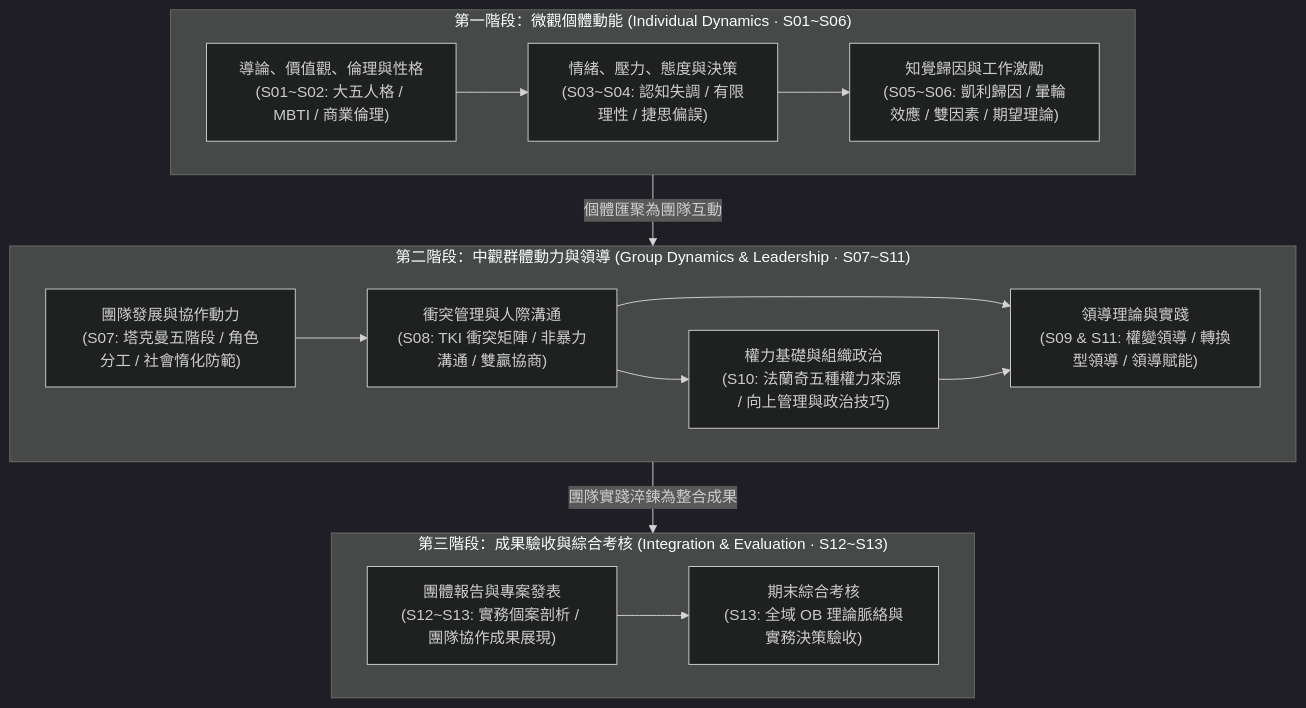
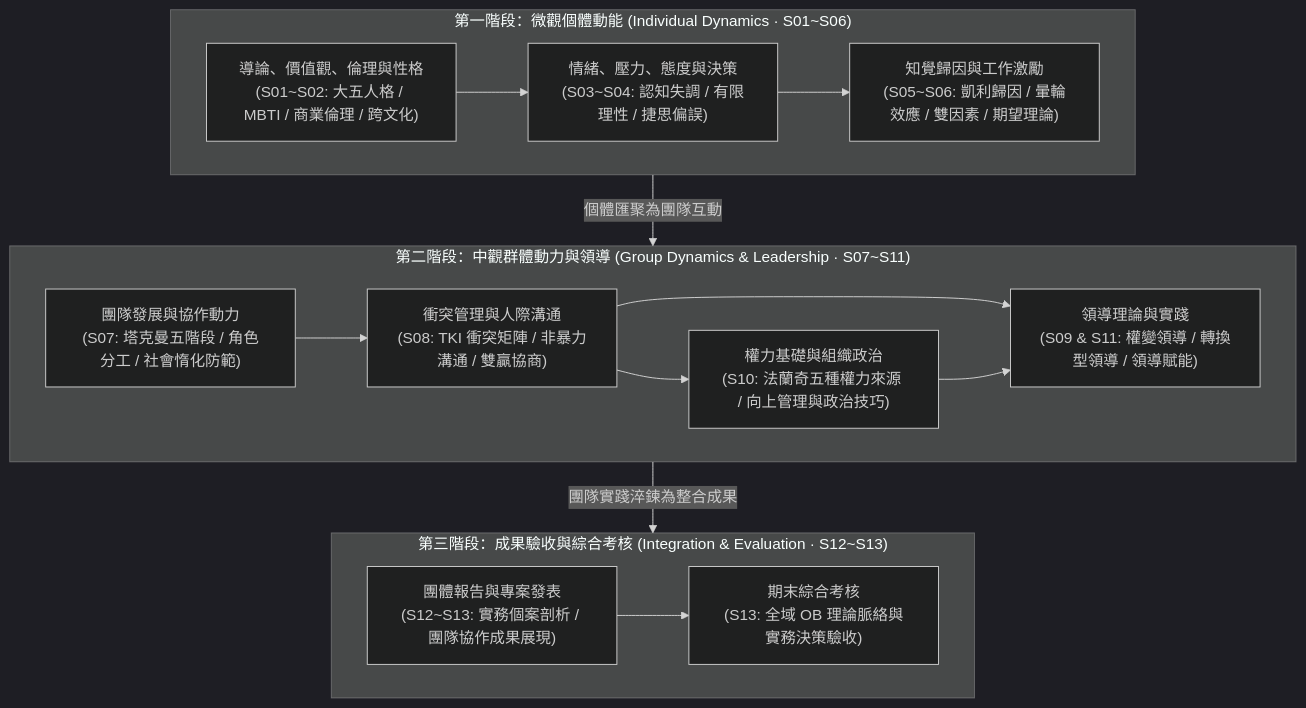
Before and after one commit to Jimlin0428/my-digital-garden: the diagram in src/site/notes/02_核心必修/03_組織行為/_組織行為 MOC.md, drawn with Mermaid (dark theme). The commit also changed other lines of this file and 99 other files, not shown here.

````diff
--- a/src/site/notes/02_核心必修/03_組織行為/_組織行為 MOC.md
+++ b/src/site/notes/02_核心必修/03_組織行為/_組織行為 MOC.md
@@ -19,28 +20,28 @@
 ```mermaid
 flowchart TD
     subgraph L1["第一階段：微觀個體動能 (Individual Dynamics · S01~S06)"]
-        I1["導論、價值觀、倫理與性格<br>(S01~S02: 大五人格 / MBTI / 商業倫理)"]
+        I1["導論、價值觀、倫理與性格<br>(S01~S02: 大五人格 / MBTI / 商業倫理 / 跨文化)"]
         I2["情緒、壓力、態度與決策<br>(S03~S04: 認知失調 / 有限理性 / 捷思偏誤)"]
         I3["知覺歸因與工作激勵<br>(S05~S06: 凱利歸因 / 暈輪效應 / 雙因素 / 期望理論)"]
         I1 --> I2 --> I3
     end
 
     subgraph L2["第二階段：中觀群體動力與領導 (Group Dynamics & Leadership · S07~S11)"]
         G1["團隊發展與協作動力<br>(S07: 塔克曼五階段 / 角色分工 / 社會惰化防範)"]
         G2["衝突管理與人際溝通<br>(S08: TKI 衝突矩陣 / 非暴力溝通 / 雙贏協商)"]
         G3["領導理論與實踐<br>(S09 & S11: 權變領導 / 轉換型領導 / 領導賦能)"]
         G4["權力基礎與組織政治<br>(S10: 法蘭奇五種權力來源 / 向上管理與政治技巧)"]
         G1 --> G2 --> G3
         G2 --> G4
         G4 --> G3
     end
 
     subgraph L3["第三階段：成果驗收與綜合考核 (Integration & Evaluation · S12~S13)"]
         E1["團體報告與專案發表<br>(S12~S13: 實務個案剖析 / 團隊協作成果展現)"]
         E2["期末綜合考核<br>(S13: 全域 OB 理論脈絡與實務決策驗收)"]
         E1 --> E2
     end
 
     L1 -->|個體匯聚為團隊互動| L2
     L2 -->|團隊實踐淬鍊為整合成果| L3
 ```
````
